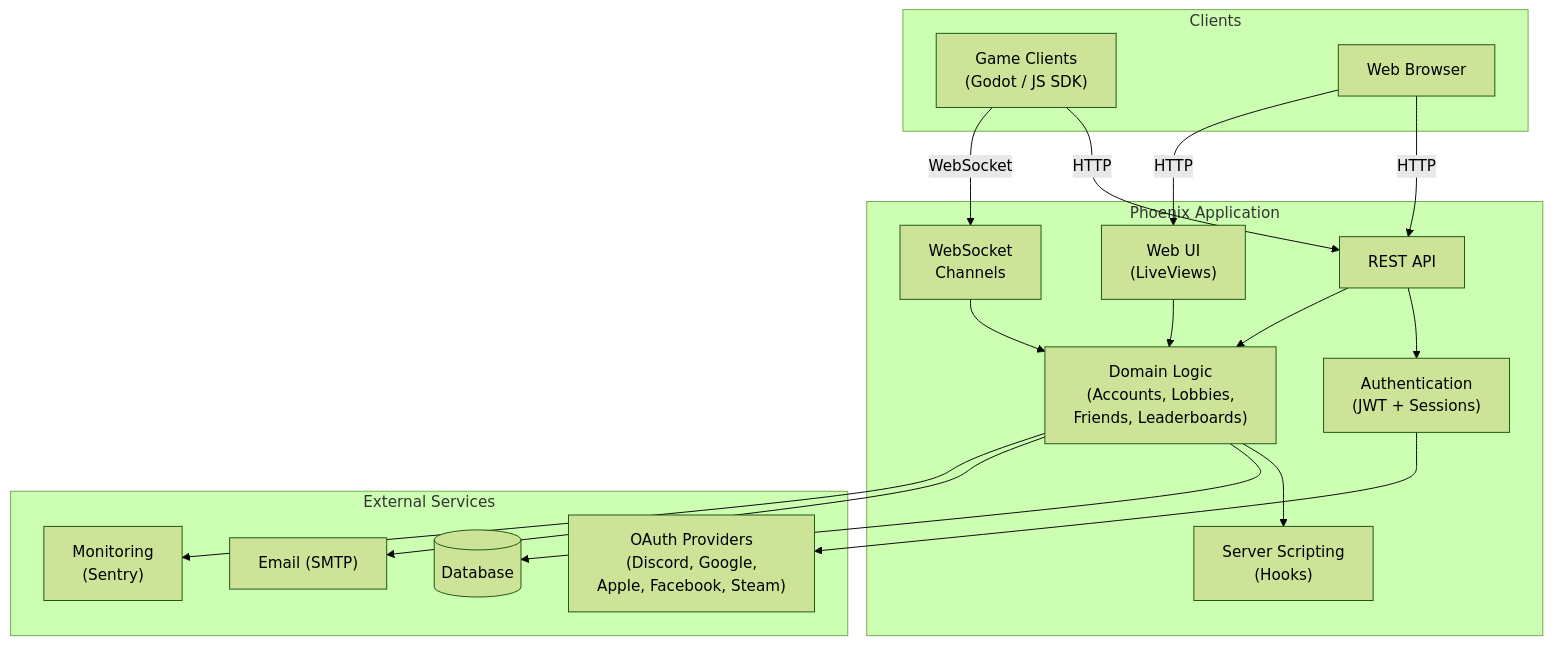
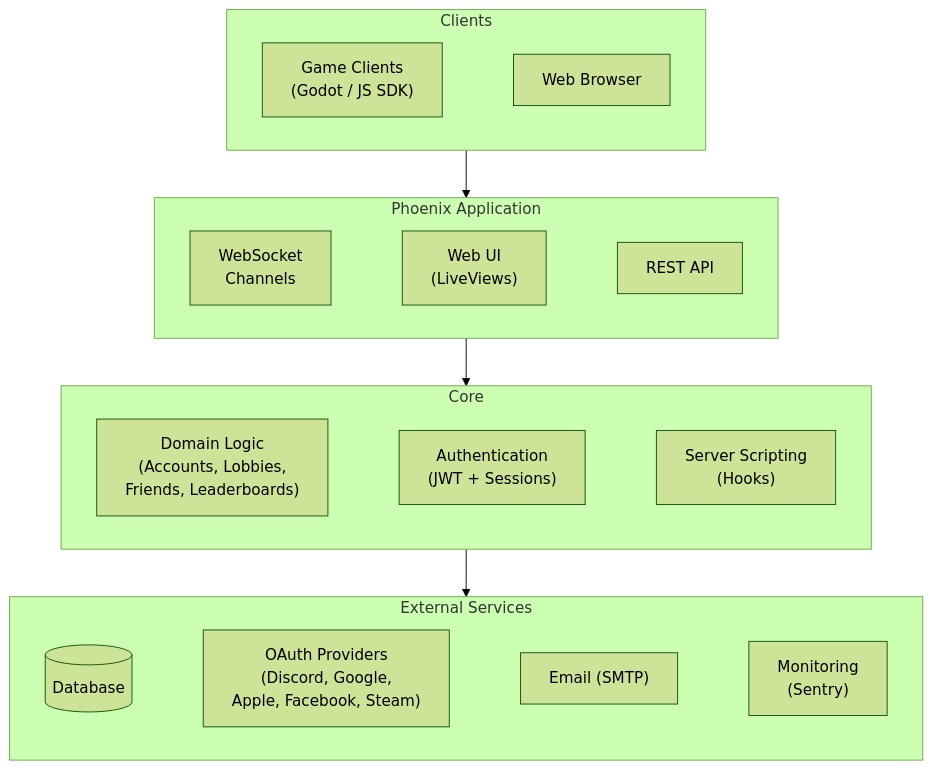
The first of 10 diagrams in ARCHITECTURE.md (appsinacup/game_server), drawn with Mermaid (forest theme) before and after one commit.

````diff
--- a/ARCHITECTURE.md
+++ b/ARCHITECTURE.md
@@ -9,38 +9,22 @@
 ```mermaid
 flowchart TB
     subgraph Clients["Clients"]
-        GameClients["Game Clients<br/>(Godot / JS SDK)"]
-        Browser["Web Browser"]
+        GameClients["Game Clients<br/>(Godot / JS SDK)"] ~~~ Browser["Web Browser"]
     end
 
     subgraph Phoenix["Phoenix Application"]
-        API["REST API"]
-        WebUI["Web UI<br/>(LiveViews)"]
-        Realtime["WebSocket<br/>Channels"]
-        Domain["Domain Logic<br/>(Accounts, Lobbies,<br/>Friends, Leaderboards)"]
-        Hooks["Server Scripting<br/>(Hooks)"]
-        Auth["Authentication<br/>(JWT + Sessions)"]
+        Realtime["WebSocket<br/>Channels"] ~~~ WebUI["Web UI<br/>(LiveViews)"] ~~~ API["REST API"]
+    end
+
+    subgraph Core["Core"]
+        Domain["Domain Logic<br/>(Accounts, Lobbies,<br/>Friends, Leaderboards)"] ~~~ Auth["Authentication<br/>(JWT + Sessions)"] ~~~ Hooks["Server Scripting<br/>(Hooks)"]
     end
 
     subgraph External["External Services"]
-        DB[(Database)]
-        OAuth["OAuth Providers<br/>(Discord, Google,<br/>Apple, Facebook, Steam)"]
-        Email["Email (SMTP)"]
-        Monitoring["Monitoring<br/>(Sentry)"]
+        DB[(Database)] ~~~ OAuth["OAuth Providers<br/>(Discord, Google,<br/>Apple, Facebook, Steam)"] ~~~ Email["Email (SMTP)"] ~~~ Monitoring["Monitoring<br/>(Sentry)"]
     end
 
-    GameClients -->|"HTTP"| API
-    GameClients -->|"WebSocket"| Realtime
-    Browser -->|"HTTP"| API & WebUI
-
-    API --> Auth
-    API --> Domain
-    WebUI --> Domain
-    Realtime --> Domain
-
-    Auth --> OAuth
-    Domain --> Hooks
-    Domain --> DB
-    Domain --> Email
-    Domain --> Monitoring
+    Clients --> Phoenix
+    Phoenix --> Core
+    Core --> External
 ```
````
